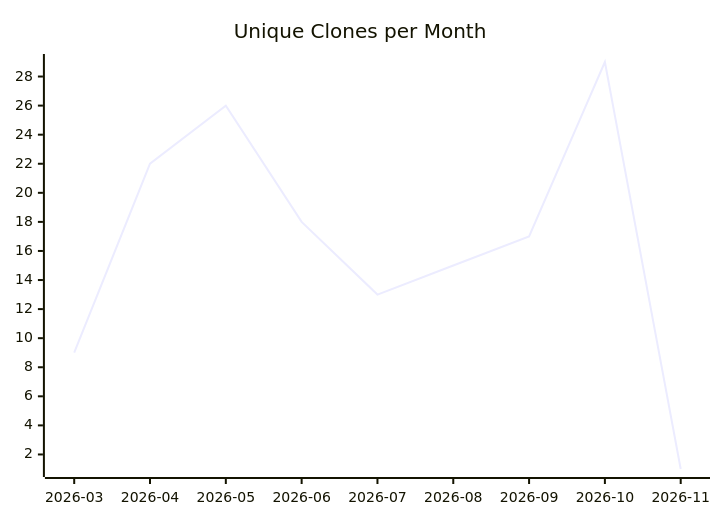
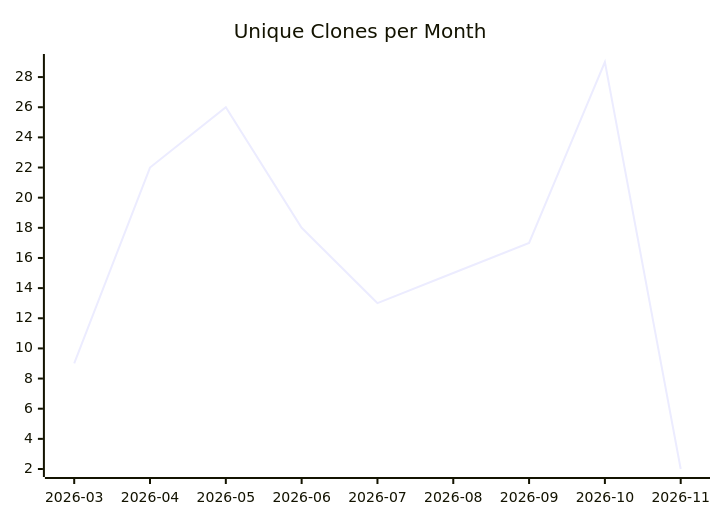
Before and after one commit to justdavis-family/github-analytics-data: the third of 3 diagrams in karlmdavis/lego-ev3dev-rs/README.md, drawn with Mermaid. The commit also changed other lines of this file and 188 other files, not shown here.

````diff
--- a/karlmdavis/lego-ev3dev-rs/README.md
+++ b/karlmdavis/lego-ev3dev-rs/README.md
@@ -19,6 +19,6 @@
 ```mermaid
 xychart-beta
   title "Unique Clones per Month"
   x-axis ["2026-03", "2026-04", "2026-05", "2026-06", "2026-07", "2026-08", "2026-09", "2026-10", "2026-11"]
-  line [9, 22, 26, 18, 13, 15, 17, 29, 1]
+  line [9, 22, 26, 18, 13, 15, 17, 29, 2]
 ```
````
